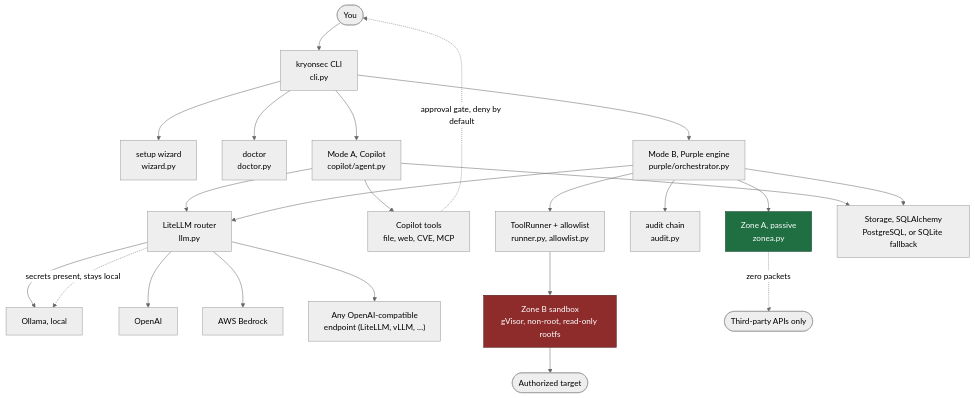
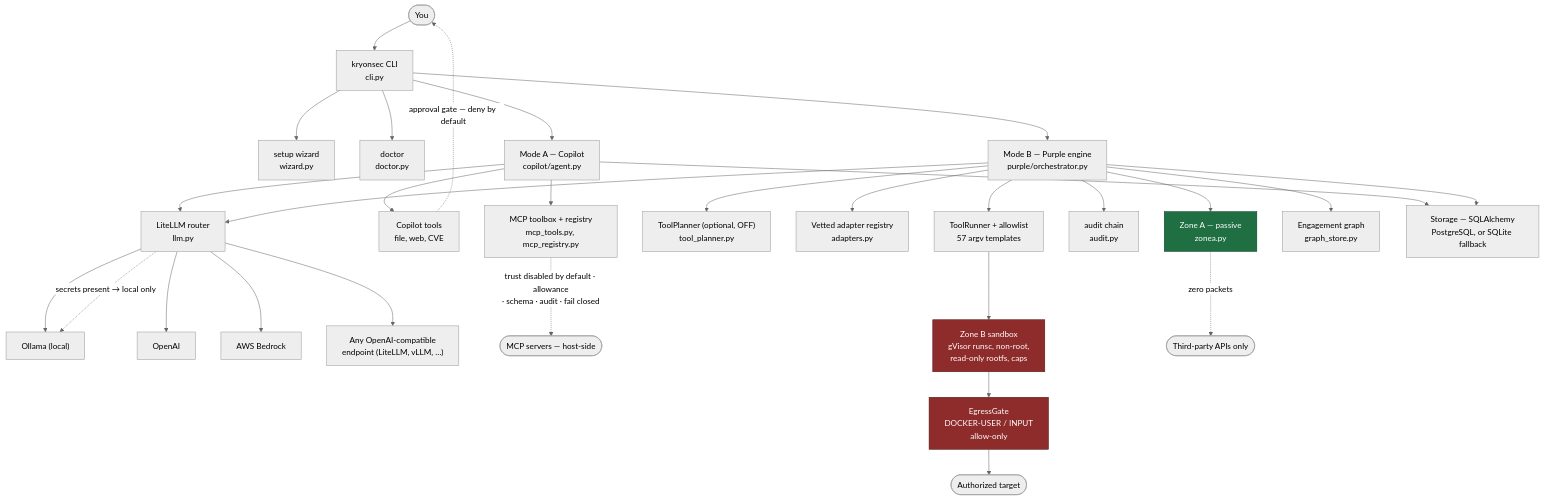
One commit to GonchiJoshnaVardhanReddy/kryon-sec changed the first of 6 diagrams in README.md. Above: the diagram before and after it, drawn with Mermaid (neutral theme). The commit also changed other lines of this file and 1 other file, not shown here.

````diff
--- a/README.md
+++ b/README.md
@@ -178,36 +243,42 @@
 ```mermaid
 flowchart TB
     You(["You"]) --> CLI["kryonsec CLI<br/>cli.py"]
 
     CLI --> WIZ["setup wizard<br/>wizard.py"]
     CLI --> DOC["doctor<br/>doctor.py"]
-    CLI --> MODEA["Mode A, Copilot<br/>copilot/agent.py"]
-    CLI --> MODEB["Mode B, Purple engine<br/>purple/orchestrator.py"]
+    CLI --> MODEA["Mode A — Copilot<br/>copilot/agent.py"]
+    CLI --> MODEB["Mode B — Purple engine<br/>purple/orchestrator.py"]
 
     MODEA --> LLM["LiteLLM router<br/>llm.py"]
     MODEB --> LLM
-    LLM --> OLL["Ollama, local"]
+    LLM --> OLL["Ollama (local)"]
     LLM --> OAI["OpenAI"]
     LLM --> BR["AWS Bedrock"]
     LLM --> OAC["Any OpenAI-compatible<br/>endpoint (LiteLLM, vLLM, …)"]
-    LLM -.->|secrets present, stays local| OLL
+    LLM -.->|"secrets present → local only"| OLL
 
-    MODEA --> CTOOLS["Copilot tools<br/>file, web, CVE, MCP"]
-    CTOOLS -.->|approval gate, deny by default| You
+    MODEA --> CTOOLS["Copilot tools<br/>file, web, CVE"]
+    MODEA --> MCP["MCP toolbox + registry<br/>mcp_tools.py, mcp_registry.py"]
+    MCP -.->|"trust disabled by default · allowance<br/>· schema · audit · fail closed"| MCPS(["MCP servers — host-side"])
+    CTOOLS -.->|"approval gate — deny by default"| You
 
-    MODEB --> RUN["ToolRunner + allowlist<br/>runner.py, allowlist.py"]
+    MODEB --> PLAN["ToolPlanner (optional, OFF)<br/>tool_planner.py"]
+    MODEB --> ADP["Vetted adapter registry<br/>adapters.py"]
+    MODEB --> RUN["ToolRunner + allowlist<br/>57 argv templates"]
     MODEB --> AUD["audit chain<br/>audit.py"]
-    MODEB --> ZA["Zone A, passive<br/>zonea.py"]
+    MODEB --> ZA["Zone A — passive<br/>zonea.py"]
+    MODEB --> GRAPH["Engagement graph<br/>graph_store.py"]
 
-    RUN --> SB["Zone B sandbox<br/>gVisor, non-root, read-only rootfs"]
-    SB --> TARGET(["Authorized target"])
-    ZA -.->|zero packets| THIRD(["Third-party APIs only"])
+    RUN --> SB["Zone B sandbox<br/>gVisor runsc, non-root,<br/>read-only rootfs, caps"]
+    SB --> EG["EgressGate<br/>DOCKER-USER / INPUT<br/>allow-only"]
+    EG --> TARGET(["Authorized target"])
+    ZA -.->|"zero packets"| THIRD(["Third-party APIs only"])
 
-    MODEA --> STORE["Storage, SQLAlchemy<br/>PostgreSQL, or SQLite fallback"]
+    MODEA --> STORE["Storage — SQLAlchemy<br/>PostgreSQL, or SQLite fallback"]
     MODEB --> STORE
 
     classDef safe fill:#1f6f43,stroke:#0d3d24,color:#fff
     classDef danger fill:#8e2b2b,stroke:#4d1616,color:#fff
     class ZA safe
-    class SB danger
+    class SB,EG danger
 ```
````
